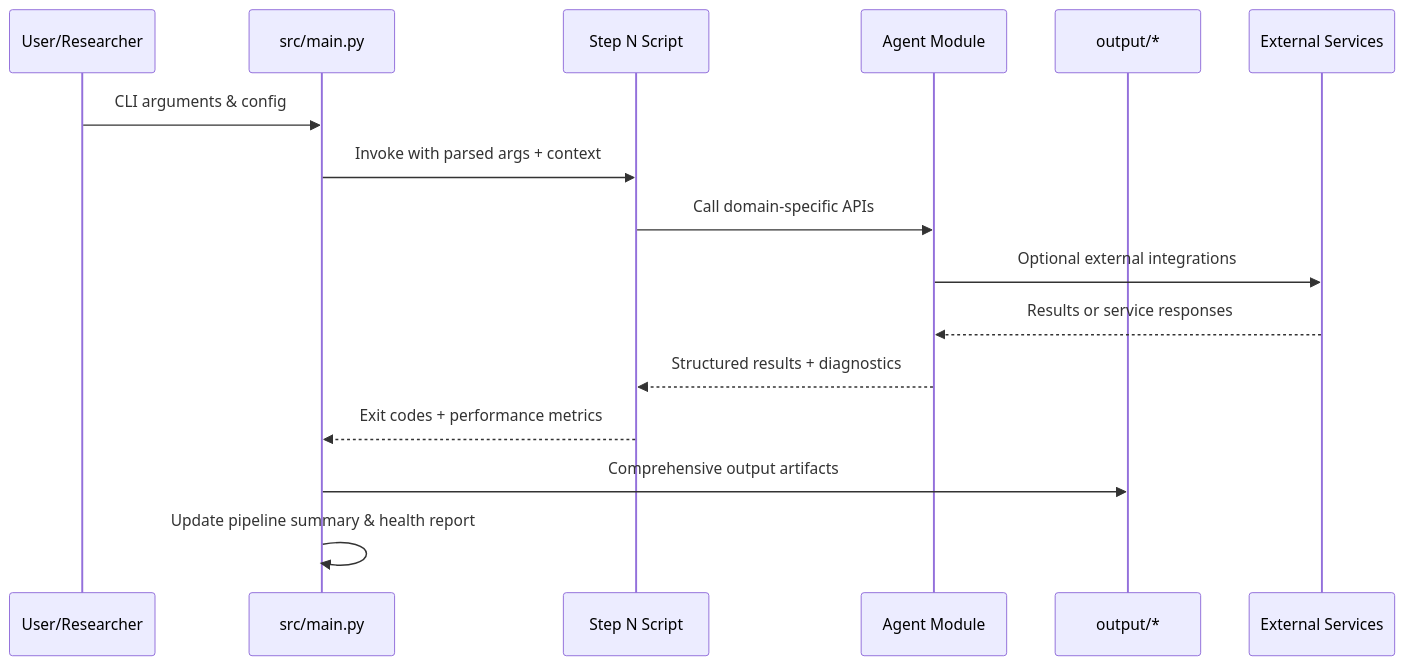
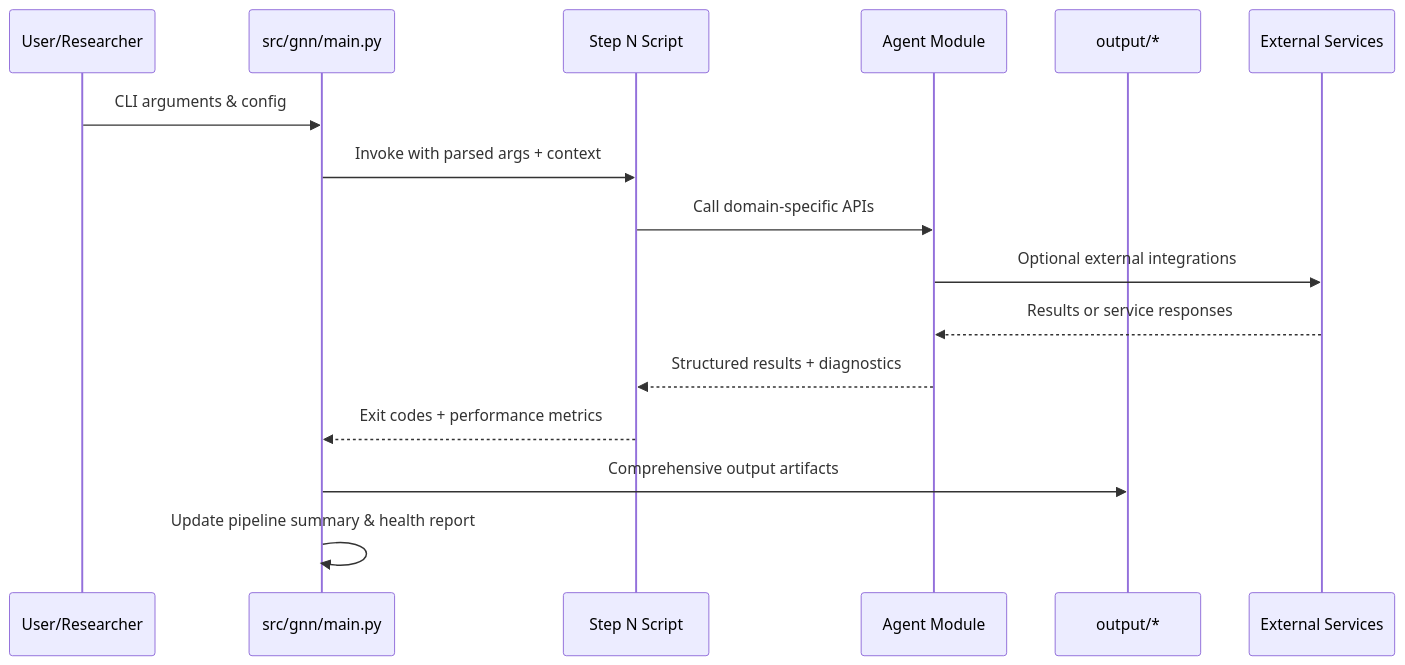
One commit to ActiveInferenceInstitute/GeneralizedNotationNotation changed the second of 7 diagrams in ARCHITECTURE.md. Above: the diagram before and after it, drawn with Mermaid. The commit also changed other lines of this file and 4976 other files, not shown here.

First line of the commit message:
refactor: rename src package to gnn (v0.5 bridge layout), unify API surface, close Lean seam

````diff
--- a/ARCHITECTURE.md
+++ b/ARCHITECTURE.md
@@ -61,19 +61,19 @@
 ```mermaid
 sequenceDiagram
   participant U as User/Researcher
-  participant M as src/main.py
+  participant M as src/gnn/main.py
   participant S as Step N Script
   participant Mod as Agent Module
   participant Out as output/*
   participant Ext as External Services
 
   U->>M: CLI arguments & config
   M->>S: Invoke with parsed args + context
   S->>Mod: Call domain-specific APIs
   Mod->>Ext: Optional external integrations
   Ext-->>Mod: Results or service responses
   Mod-->>S: Structured results + diagnostics
   S-->>M: Exit codes + performance metrics
   M->>Out: Comprehensive output artifacts
   M->>M: Update pipeline summary & health report
 ```
````
